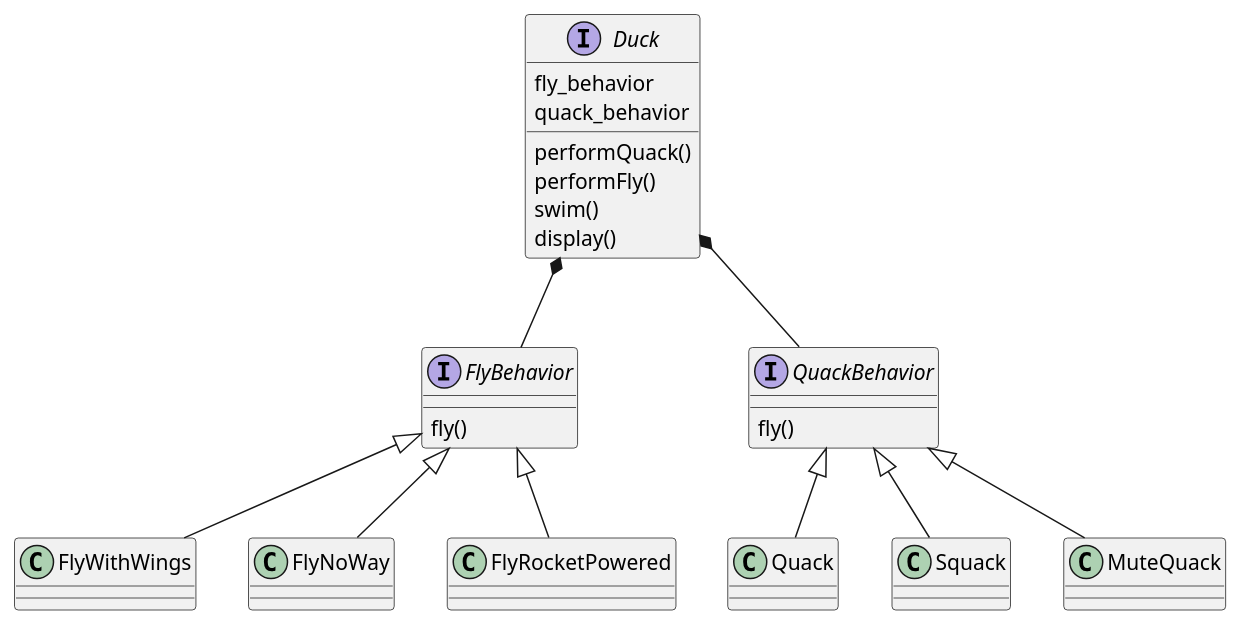
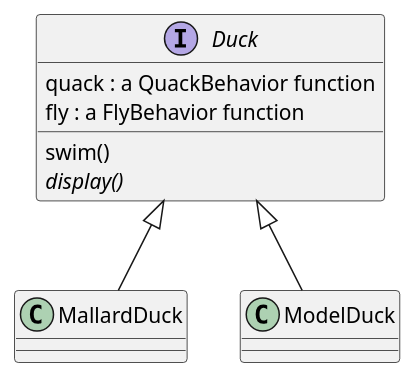
One commit to gama79530/DesignPattern changed the diagram in 1_StrategyPattern/StrategyPattern.puml. Above: the diagram before and after it, drawn with PlantUML. The commit also changed 4 other files, not shown here.

```diff
--- a/1_StrategyPattern/StrategyPattern.puml
+++ b/1_StrategyPattern/StrategyPattern.puml
@@ -1,31 +1,12 @@
 @startuml
 interface Duck{
-    fly_behavior
-    quack_behavior
-    
-    performQuack()
-    performFly()
+    quack : a QuackBehavior function
+    fly : a FlyBehavior function
     swim()
-    display()
+    {abstract} display()
 }
 
-interface FlyBehavior{
-    fly()
-}
-
-interface QuackBehavior{
-    fly()
-}
-
-Duck *-- FlyBehavior
-Duck *-- QuackBehavior
-
-FlyBehavior <|-- FlyWithWings
-FlyBehavior <|-- FlyNoWay
-FlyBehavior <|-- FlyRocketPowered
-
-QuackBehavior <|-- Quack
-QuackBehavior <|-- Squack
-QuackBehavior <|-- MuteQuack
+Duck <|-- MallardDuck
+Duck <|-- ModelDuck
 
 @enduml
```
